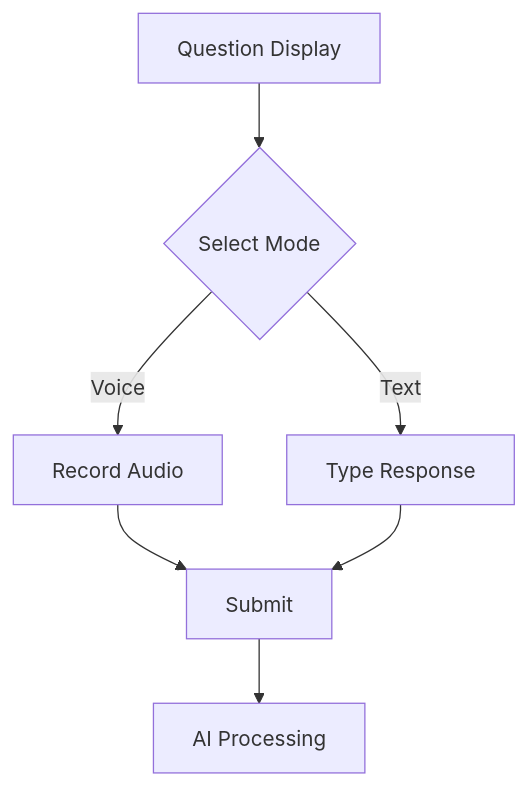
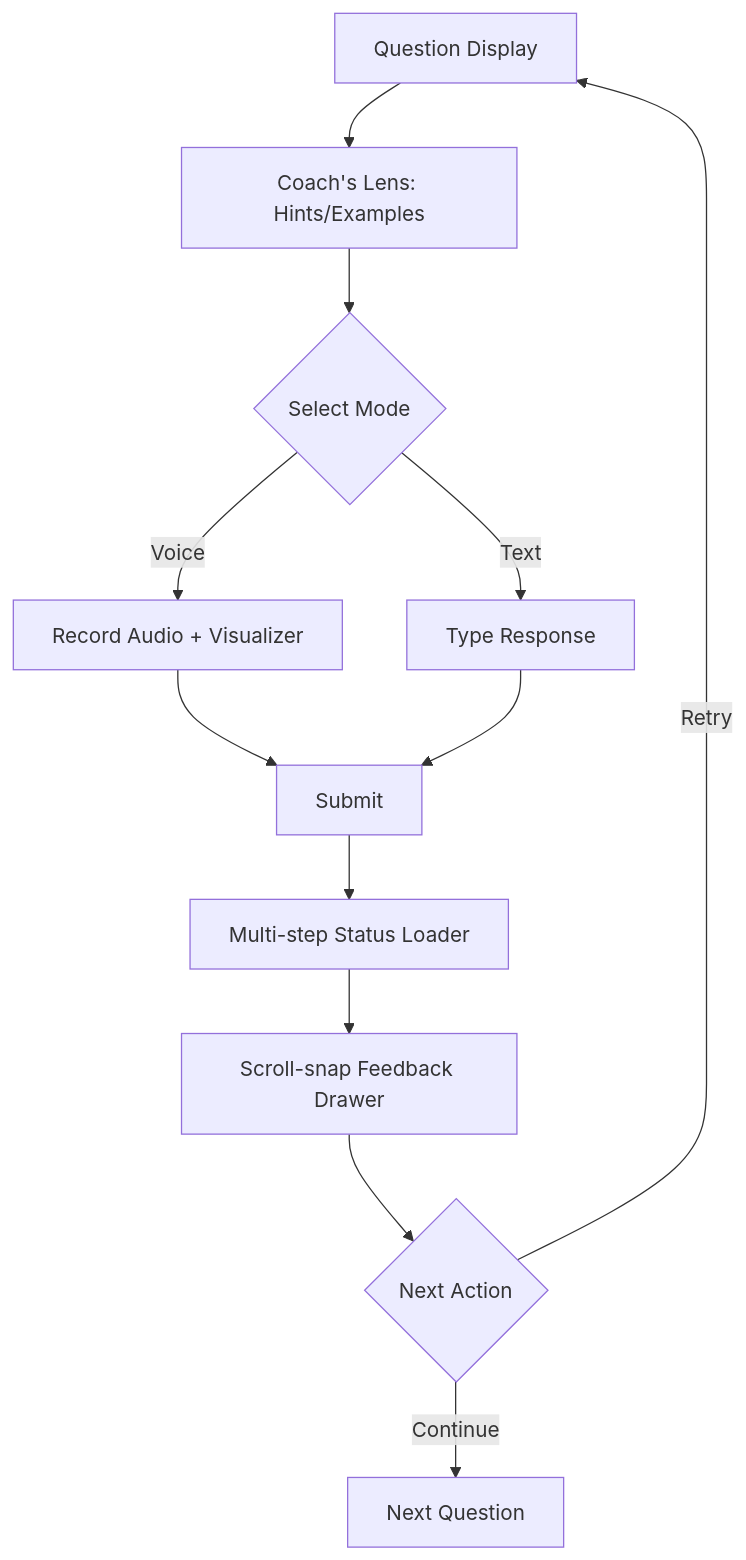
One commit to fusbox/Interview-Coach changed the diagram in docs/02-requirements/use-cases/v2/UC-C2-Candidate-Responds-to-a-Question.md. Above: the diagram before and after it, drawn with Mermaid. The commit also changed other lines of this file and 17 other files, not shown here.

````diff
--- a/docs/02-requirements/use-cases/v2/UC-C2-Candidate-Responds-to-a-Question.md
+++ b/docs/02-requirements/use-cases/v2/UC-C2-Candidate-Responds-to-a-Question.md
@@ -32,9 +36,14 @@
 ```mermaid
 graph TD
-    Q[Question Display] --> Mode{Select Mode}
-    Mode -- Voice --> Rec[Record Audio]
+    Q[Question Display] --> Lens[Coach's Lens: Hints/Examples]
+    Lens --> Mode{Select Mode}
+    Mode -- Voice --> Rec[Record Audio + Visualizer]
     Mode -- Text --> Type[Type Response]
     Rec --> Sub[Submit]
     Type --> Sub[Submit]
-    Sub --> AI[AI Processing]
+    Sub --> Processing[Multi-step Status Loader]
+    Processing --> Feedback[Scroll-snap Feedback Drawer]
+    Feedback --> Next{Next Action}
+    Next -- Retry --> Q
+    Next -- Continue --> NextQ[Next Question]
 ```
````
